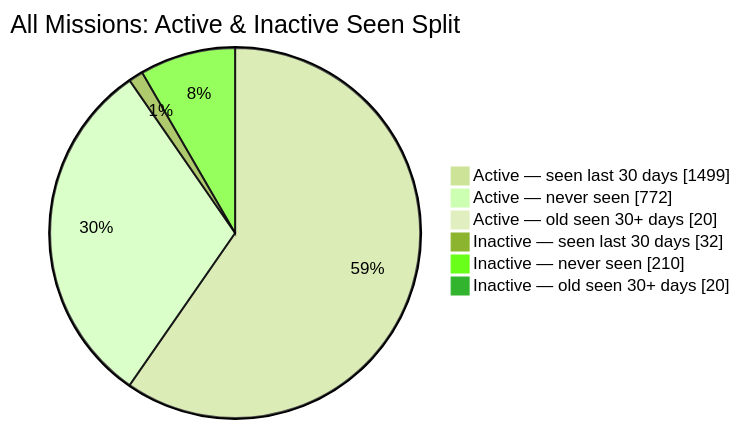
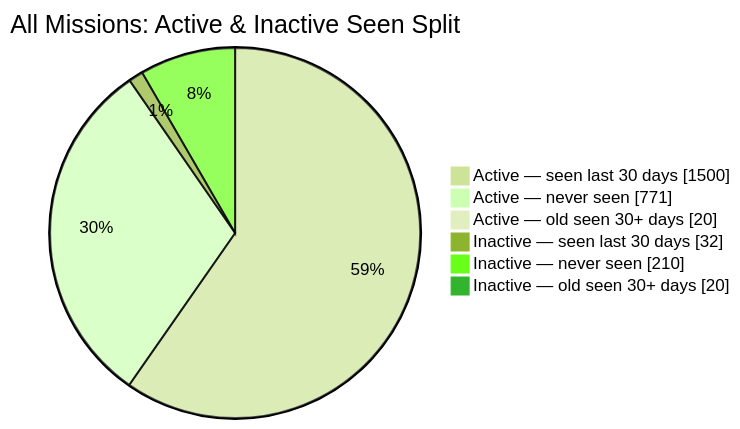
Before and after one commit to MeldkamerspelGameTeam/active-missions: the second of 2 diagrams in README.md, drawn with Mermaid (forest theme). The commit also changed other lines of this file and 3 other files, not shown here.

````diff
--- a/README.md
+++ b/README.md
@@ -44,10 +44,10 @@
 ```mermaid
 pie showData
     title All Missions: Active & Inactive Seen Split
-    "Active — seen last 30 days" : 1499
-    "Active — never seen" : 772
+    "Active — seen last 30 days" : 1500
+    "Active — never seen" : 771
     "Active — old seen 30+ days" : 20
     "Inactive — seen last 30 days" : 32
     "Inactive — never seen" : 210
     "Inactive — old seen 30+ days" : 20
 ```
````
